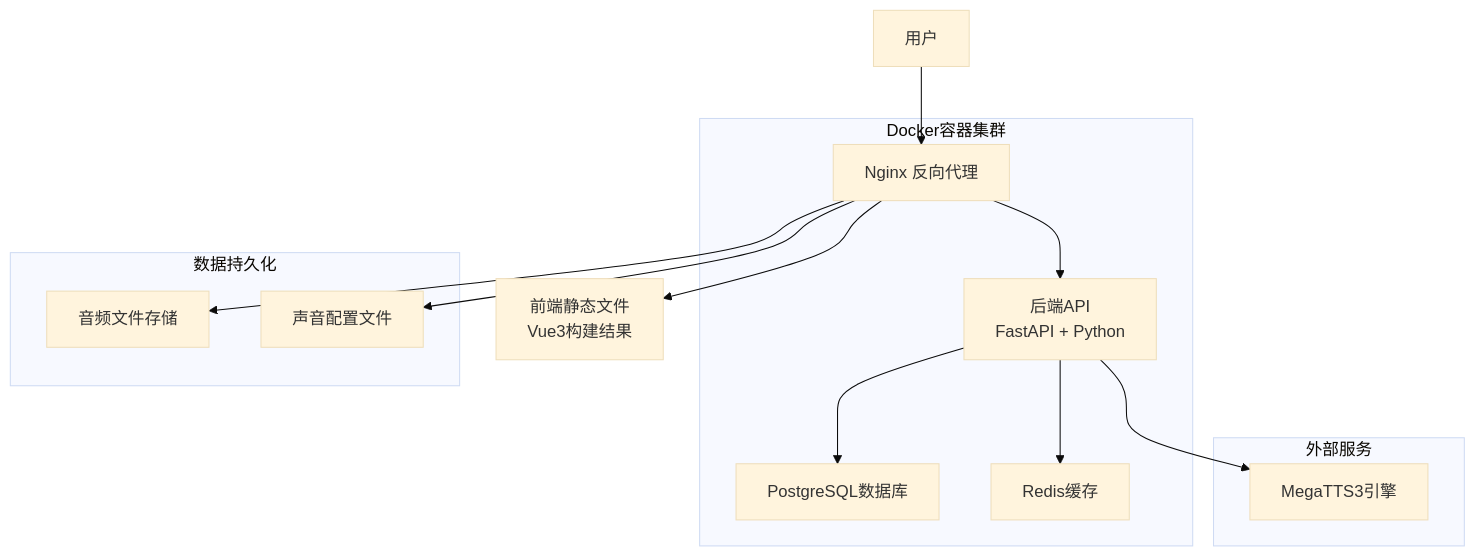
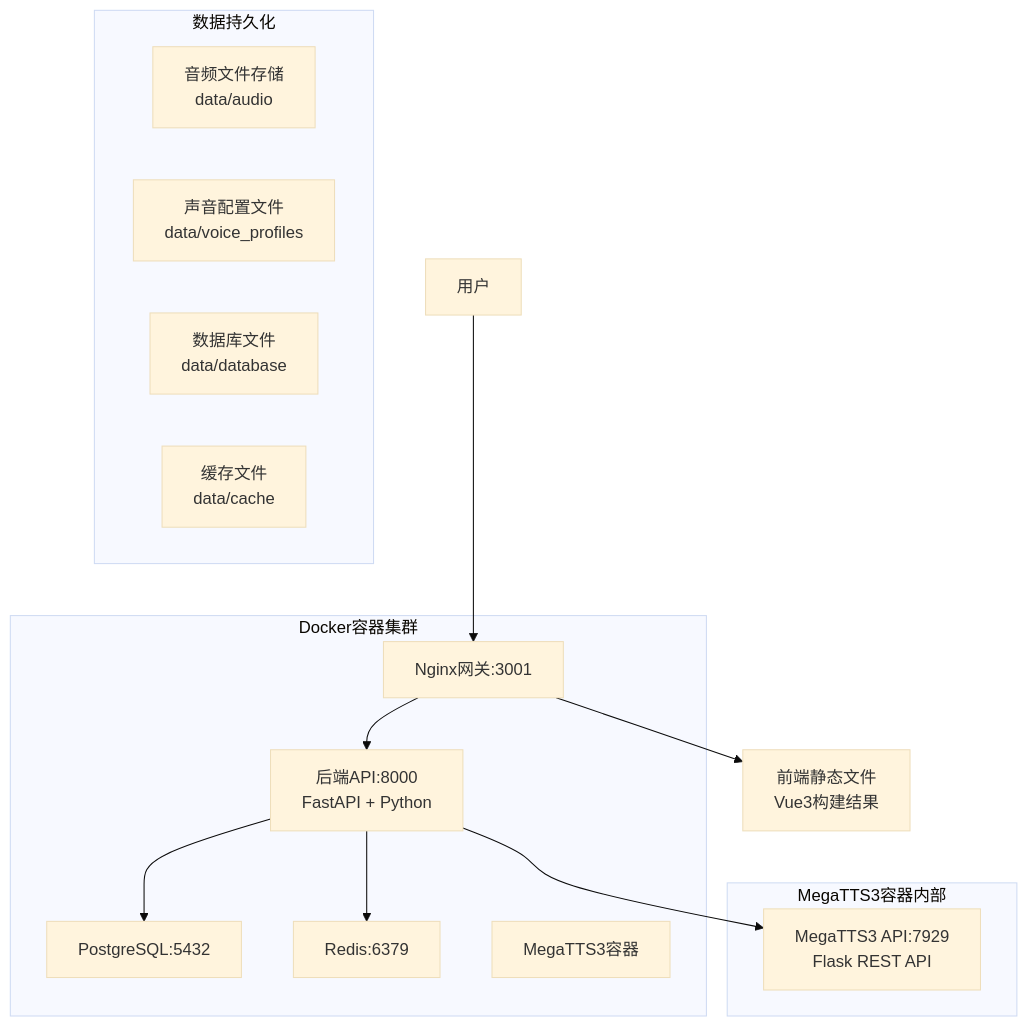
The diagram in README.md (SunguochaoYeepay/AI-Sound), drawn with Mermaid (base theme) before and after one commit. The commit also changed other lines of this file and 1336 other files, not shown here.

````diff
--- a/README.md
+++ b/README.md
@@ -18,28 +18,28 @@
 ```mermaid
 graph TB
-    User[用户] --> Nginx[Nginx 反向代理]
+    User[用户] --> Nginx[Nginx网关:3001]
     Nginx --> StaticFiles[前端静态文件<br/>Vue3构建结果]
-    Nginx --> Backend[后端API<br/>FastAPI + Python]
-    Backend --> Database[PostgreSQL数据库]
-    Backend --> Redis[Redis缓存]
-    Backend --> MegaTTS3[MegaTTS3引擎]
-    Nginx --> AudioFiles[音频文件存储]
-    Nginx --> VoiceProfiles[声音配置文件]
+    Nginx --> Backend[后端API:8000<br/>FastAPI + Python]
+    Backend --> Database[PostgreSQL:5432]
+    Backend --> Redis[Redis:6379]
+    Backend --> MegaTTS3API[MegaTTS3 API:7929<br/>Flask REST API]
     
     subgraph "Docker容器集群"
         Nginx
         Backend
         Database
         Redis
+        MegaTTS3Container[MegaTTS3容器]
     end
     
-    subgraph "外部服务"
-        MegaTTS3
+    subgraph "MegaTTS3容器内部"
+        MegaTTS3API
     end
     
     subgraph "数据持久化"
-        AudioFiles
-        VoiceProfiles
-        Database
+        AudioFiles[音频文件存储<br/>data/audio]
+        VoiceProfiles[声音配置文件<br/>data/voice_profiles]
+        DatabaseFiles[数据库文件<br/>data/database]
+        CacheFiles[缓存文件<br/>data/cache]
     end
 ```
````
